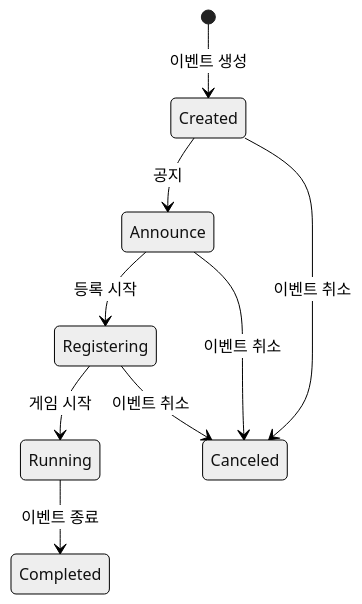
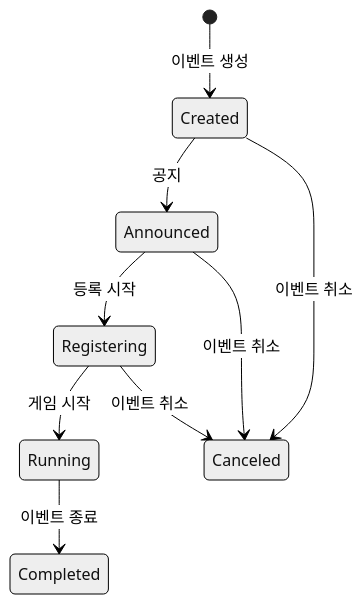
The fifth of 5 diagrams in contracts/data/DATA-03-state-machines.md (garimto81/ebs_github), drawn with Mermaid (neutral theme) before and after one commit. The commit also changed other lines of this file and 667 other files, not shown here.

````diff
--- a/contracts/data/DATA-03-state-machines.md
+++ b/contracts/data/DATA-03-state-machines.md
@@ -159,11 +203,11 @@
 ```mermaid
 stateDiagram-v2
     [*] --> Created : 이벤트 생성
-    Created --> Announce : 공지
-    Announce --> Registering : 등록 시작
+    Created --> Announced : 공지
+    Announced --> Registering : 등록 시작
     Registering --> Running : 게임 시작
     Running --> Completed : 이벤트 종료
     Created --> Canceled : 이벤트 취소
-    Announce --> Canceled : 이벤트 취소
+    Announced --> Canceled : 이벤트 취소
     Registering --> Canceled : 이벤트 취소
 ```
````
